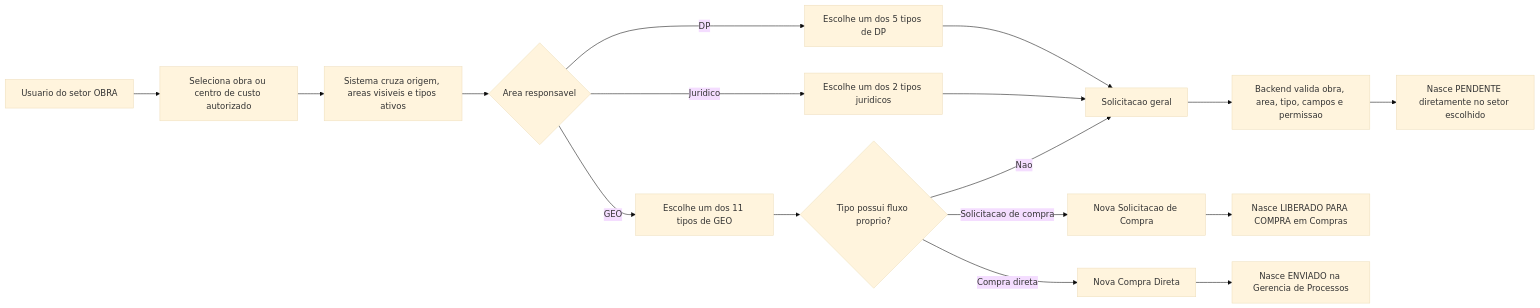
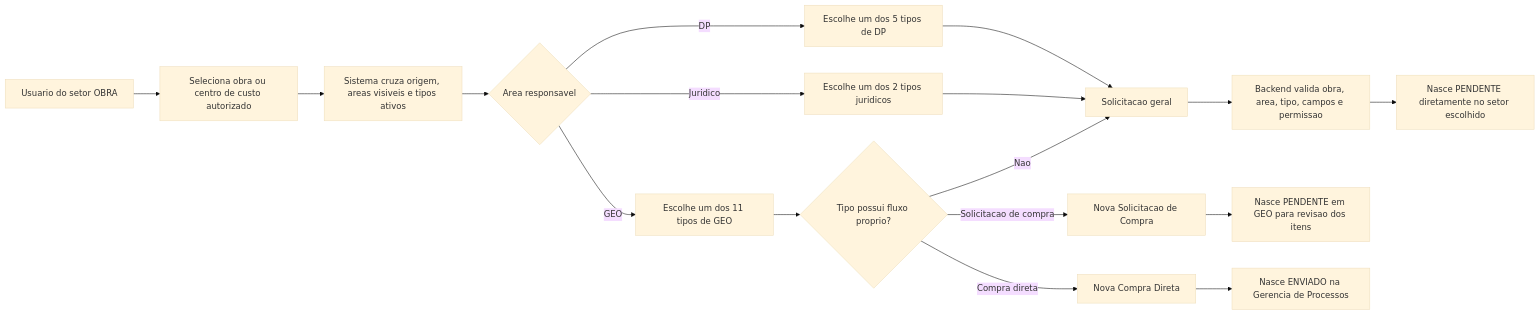
The first of 9 diagrams in docs/modulos/solicitacoes/FLUXOS_INICIAIS_OBRA.md (fluxyintegracao-dev/sistema-gestao-solicitacoes), drawn with Mermaid (base theme) before and after one commit. The commit also changed other lines of this file and 12 other files, not shown here.

Commit message:
feat: revisar solicitacoes de compra no GEO

````diff
--- a/docs/modulos/solicitacoes/FLUXOS_INICIAIS_OBRA.md
+++ b/docs/modulos/solicitacoes/FLUXOS_INICIAIS_OBRA.md
@@ -55,19 +55,19 @@
 ```mermaid
 flowchart LR
     A["Usuario do setor OBRA"] --> B["Seleciona obra ou centro de custo autorizado"]
     B --> C["Sistema cruza origem, areas visiveis e tipos ativos"]
     C --> D{"Area responsavel"}
     D -->|"DP"| E["Escolhe um dos 5 tipos de DP"]
     D -->|"GEO"| F["Escolhe um dos 11 tipos de GEO"]
     D -->|"Juridico"| G["Escolhe um dos 2 tipos juridicos"]
     E --> H["Solicitacao geral"]
     F --> I{"Tipo possui fluxo proprio?"}
     G --> H
     I -->|"Nao"| H
     I -->|"Solicitacao de compra"| J["Nova Solicitacao de Compra"]
     I -->|"Compra direta"| K["Nova Compra Direta"]
     H --> L["Backend valida obra, area, tipo, campos e permissao"]
     L --> M["Nasce PENDENTE diretamente no setor escolhido"]
-    J --> N["Nasce LIBERADO PARA COMPRA em Compras"]
+    J --> N["Nasce PENDENTE em GEO para revisao dos itens"]
     K --> O["Nasce ENVIADO na Gerencia de Processos"]
 ```
````
